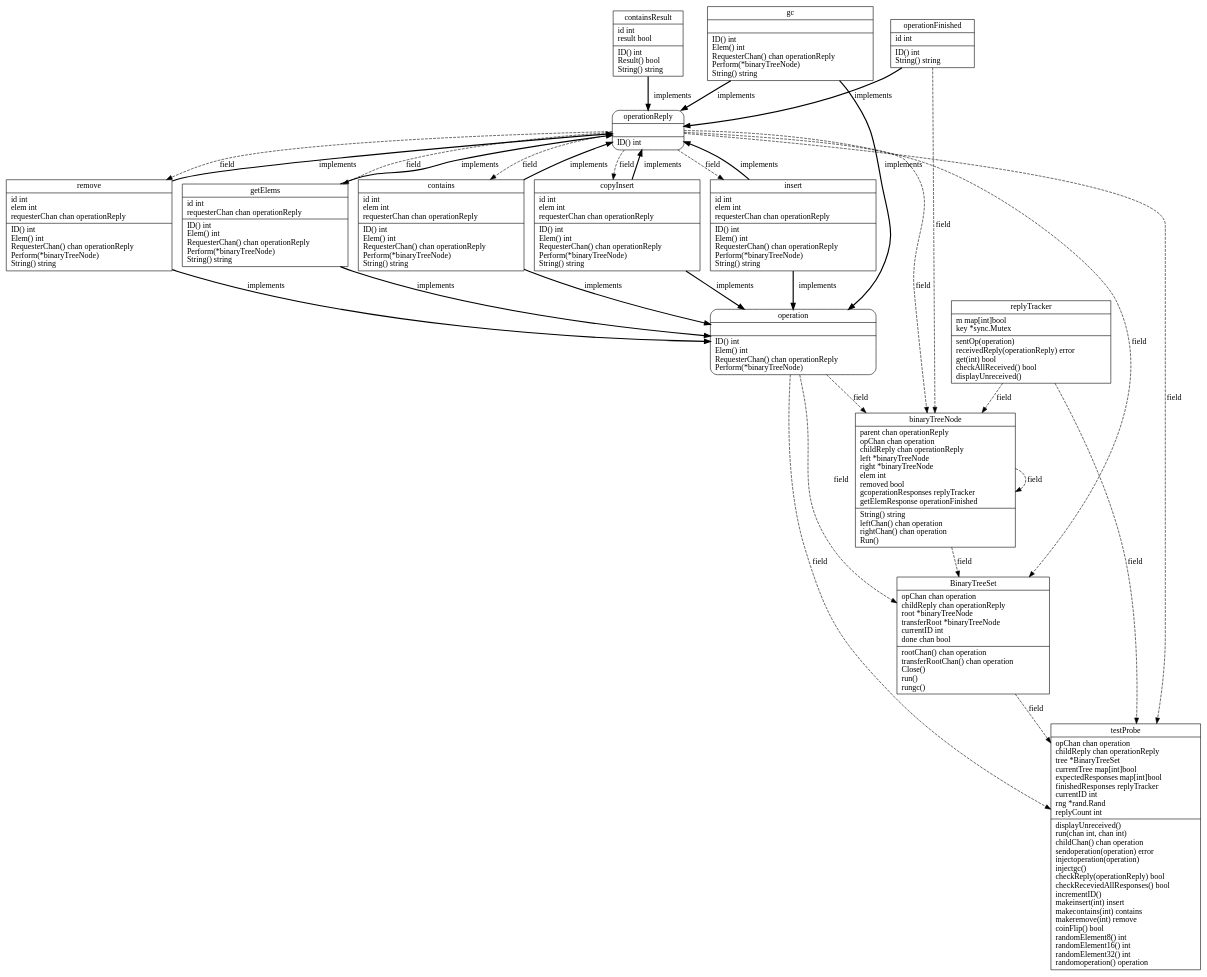
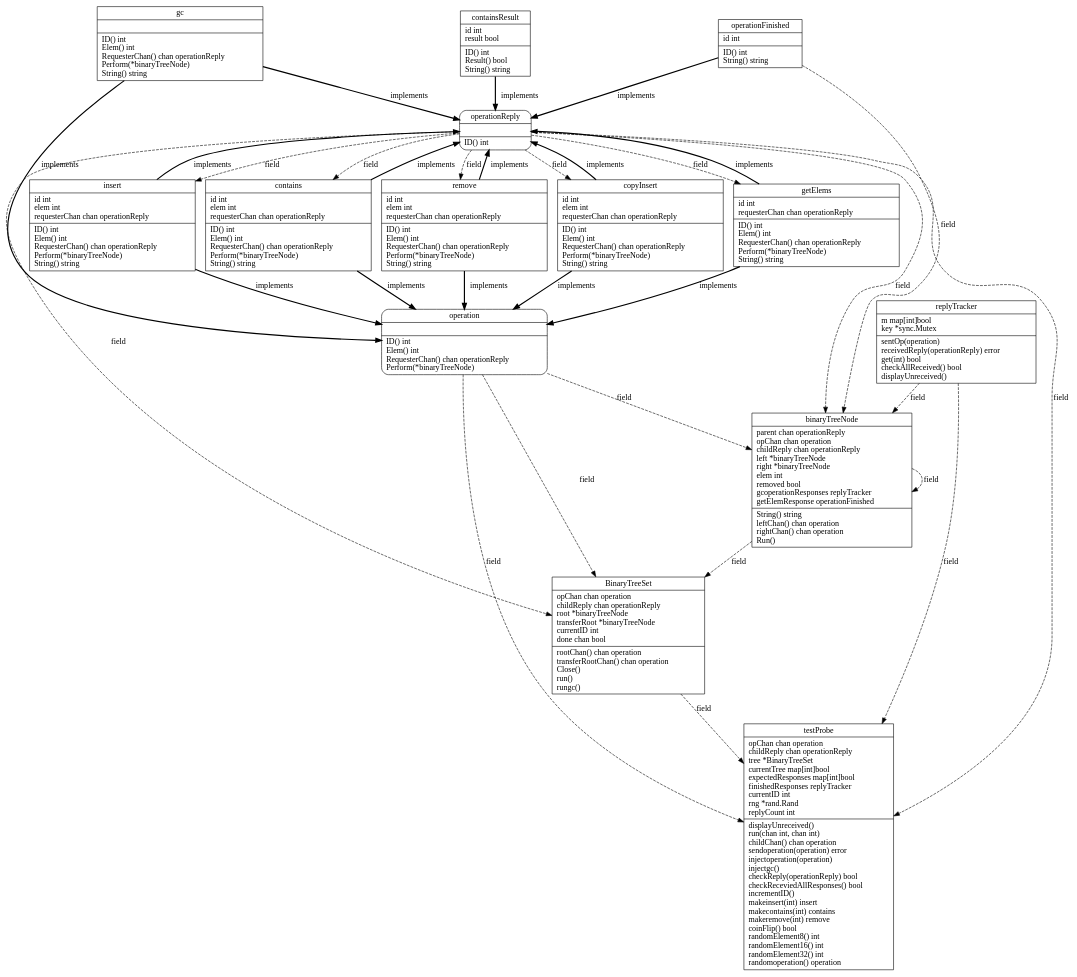
Before and after one commit to FireGoblin/golangTypeGraph: the diagram in code_examples/goActorBinaryTree/abt.dot, drawn with Graphviz. The commit also changed other lines of this file and 43 other files, not shown here.

```diff
--- a/code_examples/goActorBinaryTree/abt.dot
+++ b/code_examples/goActorBinaryTree/abt.dot
@@ -1,48 +1,48 @@
 digraph goActorBinaryTree {
-	operation->BinaryTreeSet[ label=field, style=dashed ];
-	operationReply->BinaryTreeSet[ label=field, style=dashed ];
-	binaryTreeNode->BinaryTreeSet[ label=field, style=dashed ];
+	operationReply->insert[ label=field, style=dashed ];
+	operationReply->remove[ label=field, style=dashed ];
 	operation->testProbe[ label=field, style=dashed ];
 	operationReply->testProbe[ label=field, style=dashed ];
 	BinaryTreeSet->testProbe[ label=field, style=dashed ];
 	replyTracker->testProbe[ label=field, style=dashed ];
 	operationReply->binaryTreeNode[ label=field, style=dashed ];
 	operation->binaryTreeNode[ label=field, style=dashed ];
 	binaryTreeNode->binaryTreeNode[ label=field, style=dashed ];
 	replyTracker->binaryTreeNode[ label=field, style=dashed ];
 	operationFinished->binaryTreeNode[ label=field, style=dashed ];
+	operation->BinaryTreeSet[ label=field, style=dashed ];
+	operationReply->BinaryTreeSet[ label=field, style=dashed ];
+	binaryTreeNode->BinaryTreeSet[ label=field, style=dashed ];
 	operationReply->copyInsert[ label=field, style=dashed ];
 	operationReply->getElems[ label=field, style=dashed ];
 	operationReply->contains[ label=field, style=dashed ];
-	operationReply->insert[ label=field, style=dashed ];
-	operationReply->remove[ label=field, style=dashed ];
-	containsResult->operationReply[ label=implements, style=bold ];
-	operationFinished->operationReply[ label=implements, style=bold ];
+	insert->operation[ label=implements, style=bold ];
+	remove->operation[ label=implements, style=bold ];
+	copyInsert->operation[ label=implements, style=bold ];
+	gc->operation[ label=implements, style=bold ];
+	getElems->operation[ label=implements, style=bold ];
+	contains->operation[ label=implements, style=bold ];
+	insert->operationReply[ label=implements, style=bold ];
+	remove->operationReply[ label=implements, style=bold ];
 	copyInsert->operationReply[ label=implements, style=bold ];
 	gc->operationReply[ label=implements, style=bold ];
 	getElems->operationReply[ label=implements, style=bold ];
 	contains->operationReply[ label=implements, style=bold ];
-	insert->operationReply[ label=implements, style=bold ];
-	remove->operationReply[ label=implements, style=bold ];
-	copyInsert->operation[ label=implements, style=bold ];
-	gc->operation[ label=implements, style=bold ];
-	getElems->operation[ label=implements, style=bold ];
-	contains->operation[ label=implements, style=bold ];
-	insert->operation[ label=implements, style=bold ];
-	remove->operation[ label=implements, style=bold ];
+	containsResult->operationReply[ label=implements, style=bold ];
+	operationFinished->operationReply[ label=implements, style=bold ];
 	BinaryTreeSet [ label="{BinaryTreeSet|opChan chan operation\lchildReply chan operationReply\lroot *binaryTreeNode\ltransferRoot *binaryTreeNode\lcurrentID int\ldone chan bool\l|rootChan() chan operation\ltransferRootChan() chan operation\lClose() \lrun() \lrungc() \l}", shape=record ];
 	binaryTreeNode [ label="{binaryTreeNode|parent chan operationReply\lopChan chan operation\lchildReply chan operationReply\lleft *binaryTreeNode\lright *binaryTreeNode\lelem int\lremoved bool\lgcoperationResponses replyTracker\lgetElemResponse operationFinished\l|String() string\lleftChan() chan operation\lrightChan() chan operation\lRun() \l}", shape=record ];
 	contains [ label="{contains|id int\lelem int\lrequesterChan chan operationReply\l|ID() int\lElem() int\lRequesterChan() chan operationReply\lPerform(*binaryTreeNode) \lString() string\l}", shape=record ];
 	containsResult [ label="{containsResult|id int\lresult bool\l|ID() int\lResult() bool\lString() string\l}", shape=record ];
 	copyInsert [ label="{copyInsert|id int\lelem int\lrequesterChan chan operationReply\l|ID() int\lElem() int\lRequesterChan() chan operationReply\lPerform(*binaryTreeNode) \lString() string\l}", shape=record ];
 	gc [ label="{gc||ID() int\lElem() int\lRequesterChan() chan operationReply\lPerform(*binaryTreeNode) \lString() string\l}", shape=record ];
 	getElems [ label="{getElems|id int\lrequesterChan chan operationReply\l|ID() int\lElem() int\lRequesterChan() chan operationReply\lPerform(*binaryTreeNode) \lString() string\l}", shape=record ];
 	insert [ label="{insert|id int\lelem int\lrequesterChan chan operationReply\l|ID() int\lElem() int\lRequesterChan() chan operationReply\lPerform(*binaryTreeNode) \lString() string\l}", shape=record ];
 	operation [ label="{operation||ID() int\lElem() int\lRequesterChan() chan operationReply\lPerform(*binaryTreeNode) \l}", shape=Mrecord ];
 	operationFinished [ label="{operationFinished|id int\l|ID() int\lString() string\l}", shape=record ];
 	operationReply [ label="{operationReply||ID() int\l}", shape=Mrecord ];
 	remove [ label="{remove|id int\lelem int\lrequesterChan chan operationReply\l|ID() int\lElem() int\lRequesterChan() chan operationReply\lPerform(*binaryTreeNode) \lString() string\l}", shape=record ];
 	replyTracker [ label="{replyTracker|m map[int]bool\lkey *sync.Mutex\l|sentOp(operation) \lreceivedReply(operationReply) error\lget(int) bool\lcheckAllReceived() bool\ldisplayUnreceived() \l}", shape=record ];
 	testProbe [ label="{testProbe|opChan chan operation\lchildReply chan operationReply\ltree *BinaryTreeSet\lcurrentTree map[int]bool\lexpectedResponses map[int]bool\lfinishedResponses replyTracker\lcurrentID int\lrng *rand.Rand\lreplyCount int\l|displayUnreceived() \lrun(chan int, chan int) \lchildChan() chan operation\lsendoperation(operation) error\linjectoperation(operation) \linjectgc() \lcheckReply(operationReply) bool\lcheckReceviedAllResponses() bool\lincrementID() \lmakeinsert(int) insert\lmakecontains(int) contains\lmakeremove(int) remove\lcoinFlip() bool\lrandomElement8() int\lrandomElement16() int\lrandomElement32() int\lrandomoperation() operation\l}", shape=record ];
 
 }
```
